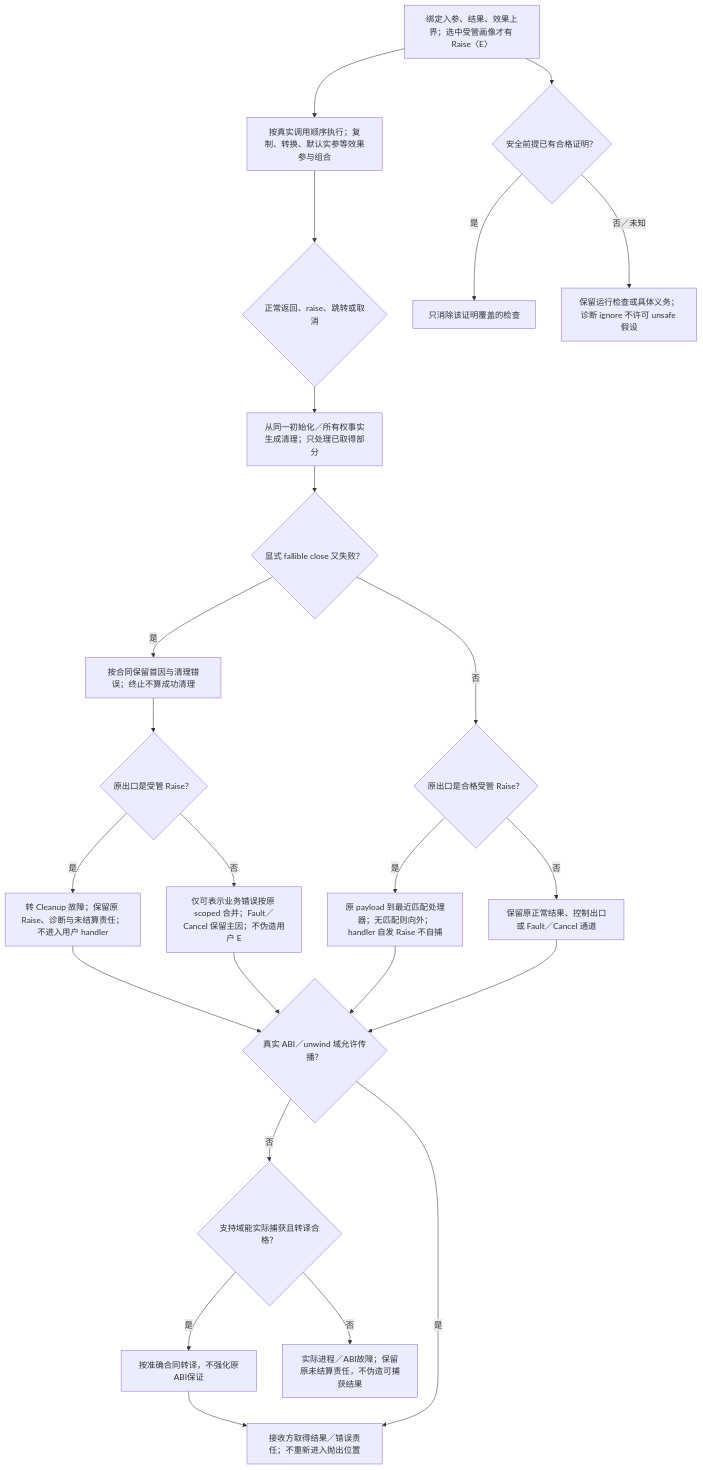
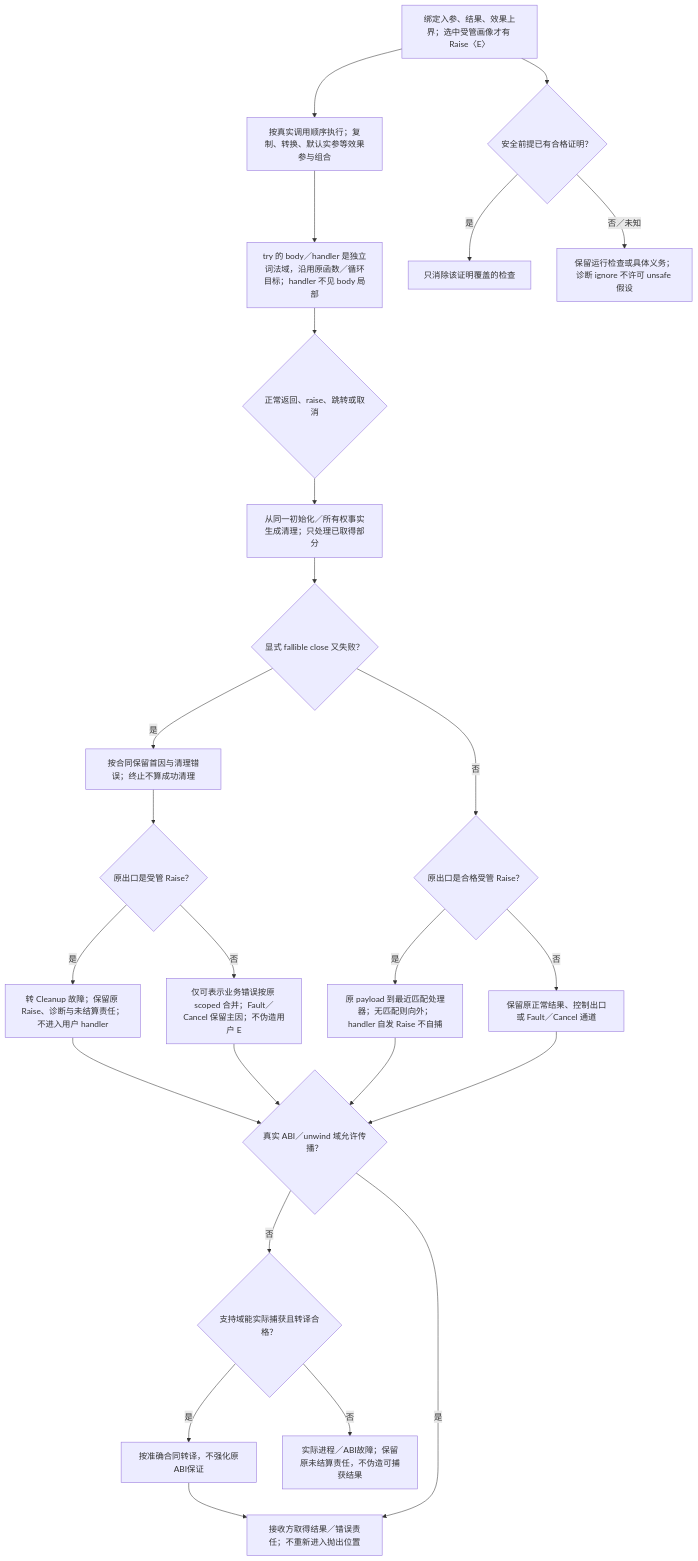
The diagram in docs/领域/计算基础/错误传播与契约保持.md (sec-platform/sec), drawn with Mermaid before and after one commit. The commit also changed other lines of this file and 11 other files, not shown here.

````diff
--- a/docs/领域/计算基础/错误传播与契约保持.md
+++ b/docs/领域/计算基础/错误传播与契约保持.md
@@ -54,26 +60,27 @@
 ```mermaid
 flowchart TB
   contract["绑定入参、结果、效果上界；选中受管画像才有 Raise〈E〉"] --> evaluate["按真实调用顺序执行；复制、转换、默认实参等效果参与组合"]
-  evaluate --> exit{"正常返回、raise、跳转或取消"}
+  evaluate --> region["try 的 body／handler 是独立词法域，沿用原函数／循环目标；handler 不见 body 局部"]
+  region --> exit{"正常返回、raise、跳转或取消"}
   exit --> cleanup["从同一初始化／所有权事实生成清理；只处理已取得部分"]
   cleanup --> second{"显式 fallible close 又失败？"}
   second -->|是| aggregate["按合同保留首因与清理错误；终止不算成功清理"]
   second -->|否| original{"原出口是合格受管 Raise？"}
   original -->|是| handler["原 payload 到最近匹配处理器；无匹配则向外；handler 自发 Raise 不自捕"]
   original -->|否| propagate["保留原正常结果、控制出口或 Fault／Cancel 通道"]
   aggregate --> failedExit{"原出口是受管 Raise？"}
   failedExit -->|是| cleanupFault["转 Cleanup 故障；保留原 Raise、诊断与未结算责任；不进入用户 handler"]
   failedExit -->|否| mergeOther["仅可表示业务错误按原 scoped 合并；Fault／Cancel 保留主因；不伪造用户 E"]
   handler --> boundary
   cleanupFault --> boundary
   mergeOther --> boundary
   propagate --> boundary{"真实 ABI／unwind 域允许传播？"}
   boundary -->|否| capture{"支持域能实际捕获且转译合格？"}
   capture -->|是| convert["按准确合同转译，不强化原ABI保证"]
   capture -->|否| fatal["实际进程／ABI故障；保留原未结算责任，不伪造可捕获结果"]
   boundary -->|是| receive["接收方取得结果／错误责任；不重新进入抛出位置"]
   convert --> receive
   contract --> proof{"安全前提已有合格证明？"}
   proof -->|是| eliminate["只消除该证明覆盖的检查"]
   proof -->|否／未知| runtime["保留运行检查或具体义务；诊断 ignore 不许可 unsafe 假设"]
 ```
````
